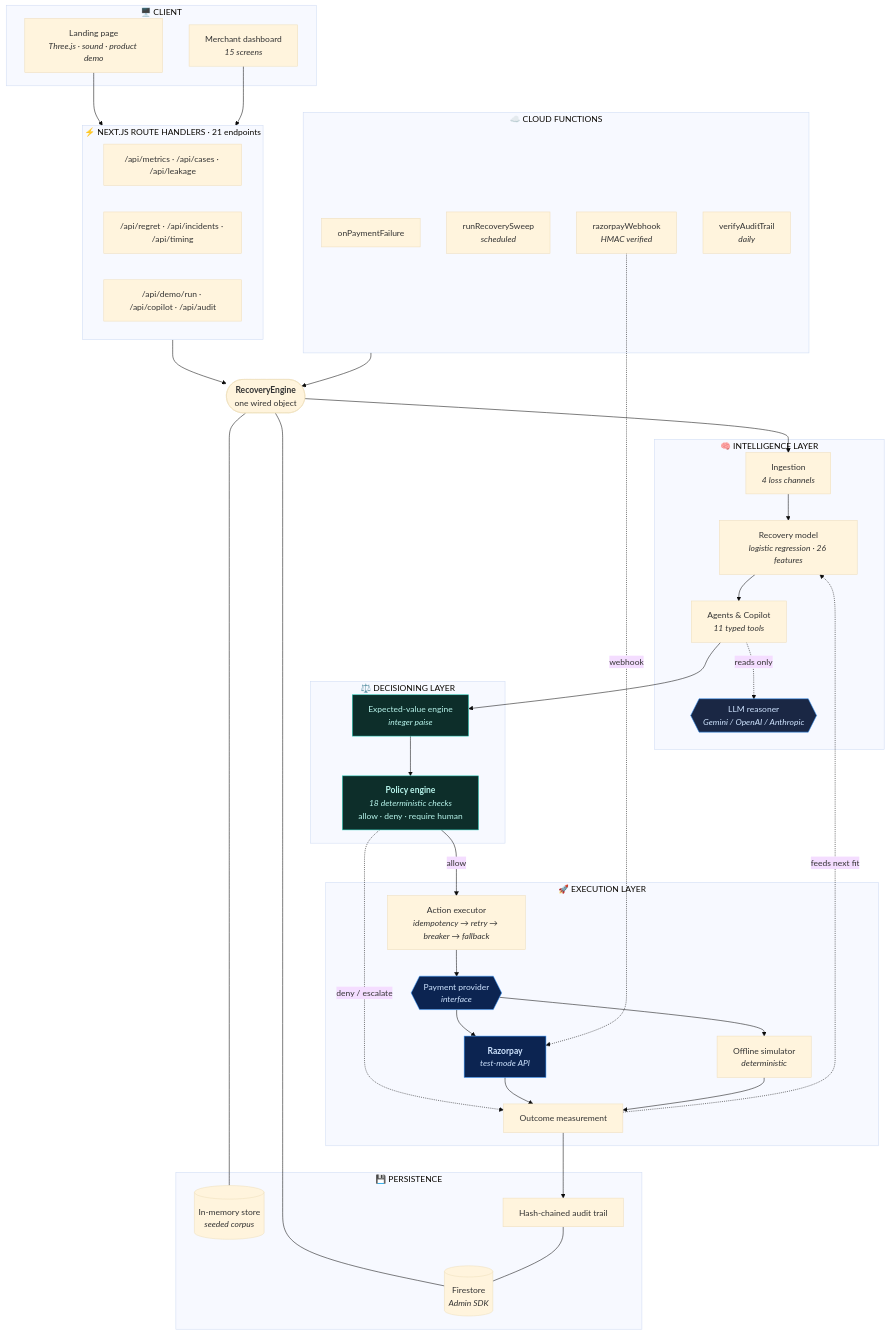
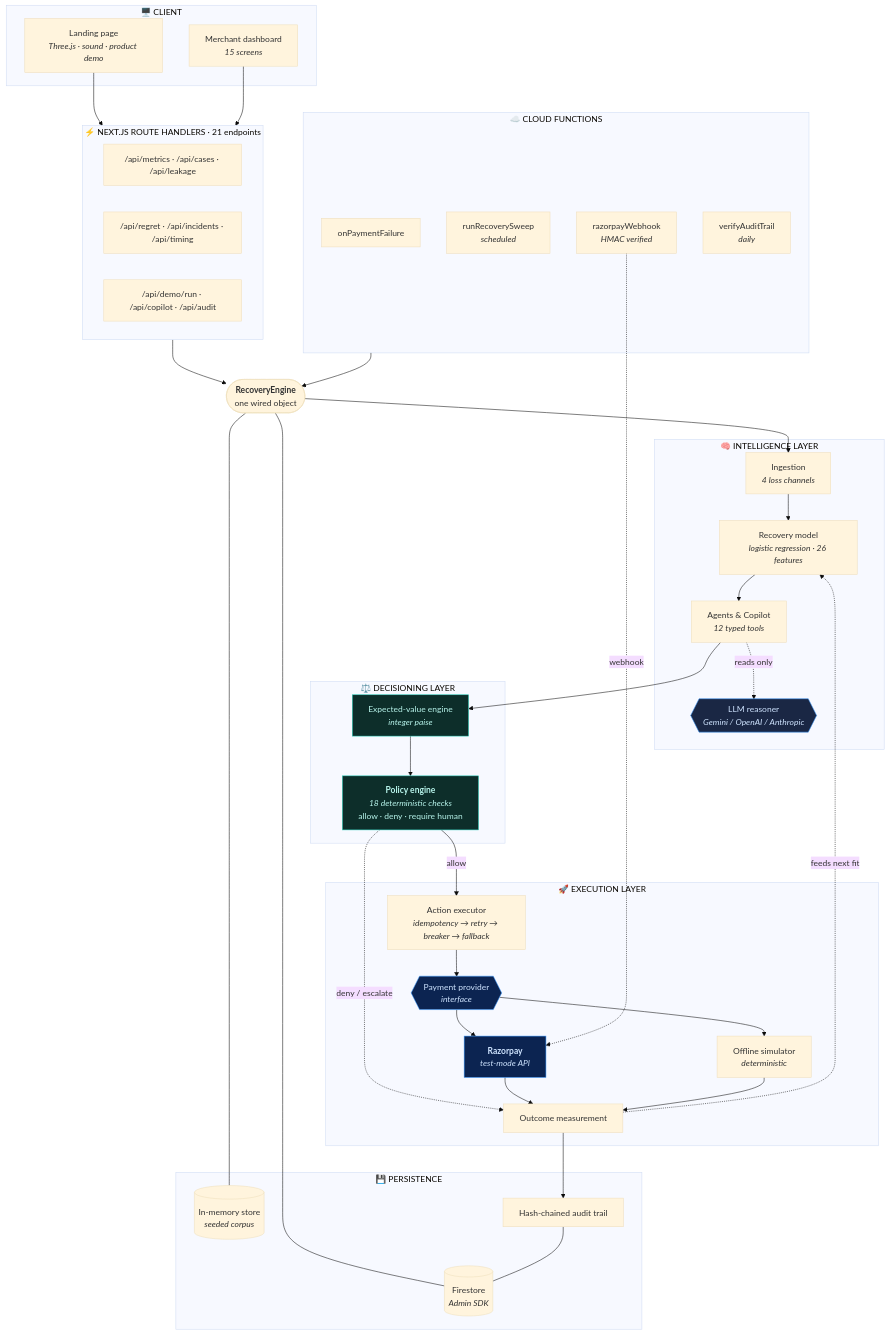
One commit to yadavahc/razorpay_buildathon changed the second of 2 diagrams in README.md. Above: the diagram before and after it, drawn with Mermaid (base theme). The commit also changed other lines of this file and 5 other files, not shown here.

````diff
--- a/README.md
+++ b/README.md
@@ -291,82 +402,82 @@
 ```mermaid
 flowchart TB
     subgraph client["🖥️  CLIENT"]
         LP["Landing page<br/><i>Three.js · sound · product demo</i>"]
         DB["Merchant dashboard<br/><i>15 screens</i>"]
     end
 
     subgraph api["⚡  NEXT.JS ROUTE HANDLERS  ·  21 endpoints"]
         R1["/api/metrics · /api/cases · /api/leakage"]
         R2["/api/regret · /api/incidents · /api/timing"]
         R3["/api/demo/run · /api/copilot · /api/audit"]
     end
 
     ENG(["<b>RecoveryEngine</b><br/>one wired object"])
 
     subgraph intel["🧠  INTELLIGENCE LAYER"]
         ING["Ingestion<br/><i>4 loss channels</i>"]
         MODEL["Recovery model<br/><i>logistic regression · 26 features</i>"]
-        AGENTS["Agents &amp; Copilot<br/><i>11 typed tools</i>"]
+        AGENTS["Agents &amp; Copilot<br/><i>12 typed tools</i>"]
         LLM{{"LLM reasoner<br/><i>Gemini / OpenAI / Anthropic</i>"}}
     end
 
     subgraph decide["⚖️  DECISIONING LAYER"]
         EV["Expected-value engine<br/><i>integer paise</i>"]
         POL["<b>Policy engine</b><br/><i>18 deterministic checks</i><br/>allow · deny · require human"]
     end
 
     subgraph exec["🚀  EXECUTION LAYER"]
         AX["Action executor<br/><i>idempotency → retry → breaker → fallback</i>"]
         PROV{{"Payment provider<br/><i>interface</i>"}}
         RZP["<b>Razorpay</b><br/><i>test-mode API</i>"]
         SIM["Offline simulator<br/><i>deterministic</i>"]
         OUT["Outcome measurement"]
     end
 
     subgraph store["💾  PERSISTENCE"]
         FS[("Firestore<br/><i>Admin SDK</i>")]
         MEM[("In-memory store<br/><i>seeded corpus</i>")]
         AUDIT["Hash-chained audit trail"]
     end
 
     subgraph fns["☁️  CLOUD FUNCTIONS"]
         F1["onPaymentFailure"]
         F2["runRecoverySweep<br/><i>scheduled</i>"]
         F3["razorpayWebhook<br/><i>HMAC verified</i>"]
         F4["verifyAuditTrail<br/><i>daily</i>"]
     end
 
     LP --> api
     DB --> api
     api --> ENG
     fns --> ENG
 
     ENG --> ING
     ING --> MODEL
     MODEL --> AGENTS
     AGENTS -.reads only.-> LLM
     AGENTS --> EV
     EV --> POL
     POL -->|allow| AX
     POL -.deny / escalate.-> OUT
     AX --> PROV
     PROV --> RZP
     PROV --> SIM
     RZP --> OUT
     SIM --> OUT
     OUT --> AUDIT
     OUT -.feeds next fit.-> MODEL
 
     ENG --- FS
     ENG --- MEM
     AUDIT --- FS
 
     F3 -.webhook.-> RZP
 
     classDef llm fill:#1a2744,stroke:#3395FF,color:#cfe4ff
     classDef gate fill:#0d2e2a,stroke:#2dd4bf,color:#b8f5ec
     classDef rail fill:#0C2451,stroke:#3395FF,color:#cfe4ff
     class LLM llm
     class POL,EV gate
     class RZP,PROV rail
 ```
````
